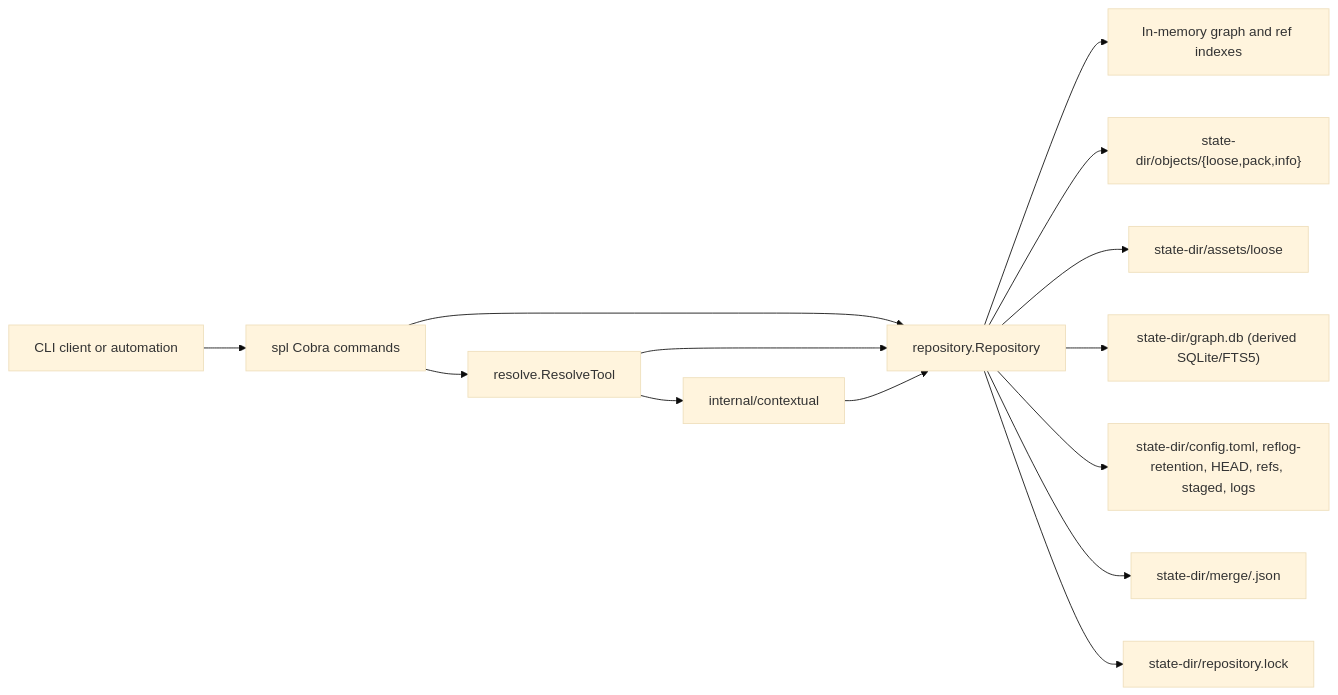
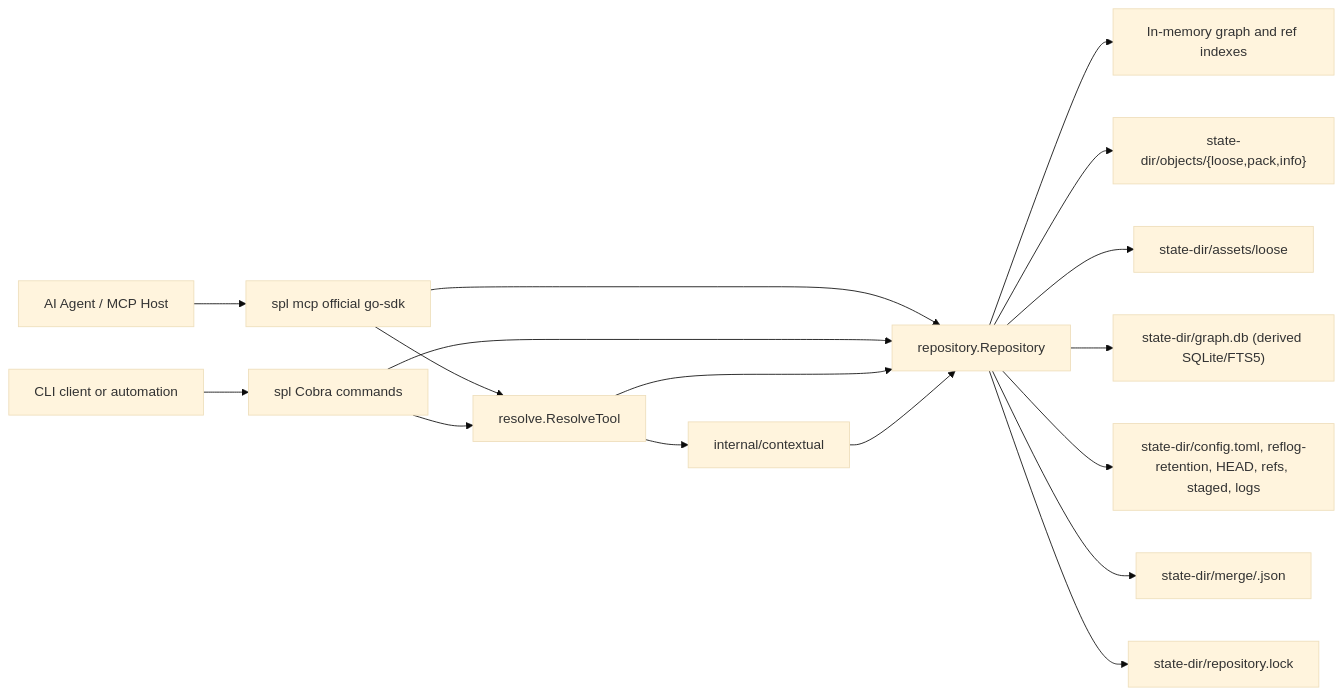
The diagram in docs/architecture.md (autonomous-bits/spool), drawn with Mermaid (base theme) before and after one commit. The commit also changed other lines of this file and 8 other files, not shown here.

Commit message:
docs: document mcp server configuration, default mcp usage, and cli fallback (#90)

````diff
--- a/docs/architecture.md
+++ b/docs/architecture.md
@@ -10,16 +13,19 @@
 ```mermaid
 flowchart LR
+    Agent[AI Agent / MCP Host] --> MCP[spl mcp official go-sdk]
     Client[CLI client or automation] --> CLI[spl Cobra commands]
-    CLI --> Repository[repository.Repository]
-    CLI --> Tool[resolve.ResolveTool]
+    MCP --> Repository[repository.Repository]
+    MCP --> Tool[resolve.ResolveTool]
+    CLI --> Repository
+    CLI --> Tool
     Tool --> Contextual[internal/contextual]
     Tool --> Repository
     Contextual --> Repository
     Repository --> Memory[In-memory graph and ref indexes]
     Repository --> Objects["state-dir/objects/{loose,pack,info}"]
     Repository --> Assets["state-dir/assets/loose"]
     Repository --> Projection["state-dir/graph.db (derived SQLite/FTS5)"]
     Repository --> State["state-dir/config.toml, reflog-retention, HEAD, refs, staged, logs"]
     Repository --> Merge["state-dir/merge/<hashed-branch>.json"]
     Repository --> Lock["state-dir/repository.lock"]
 ```
````
